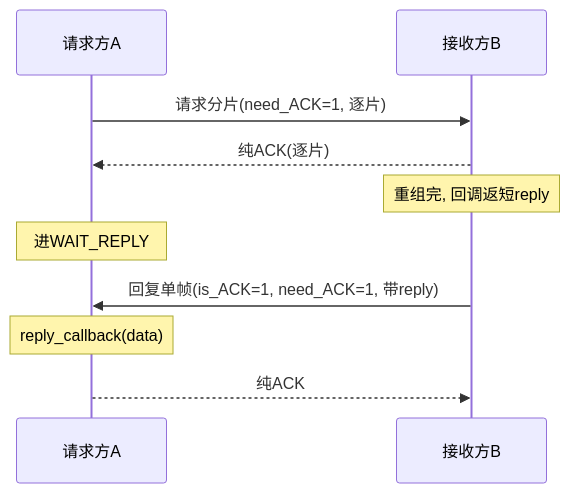
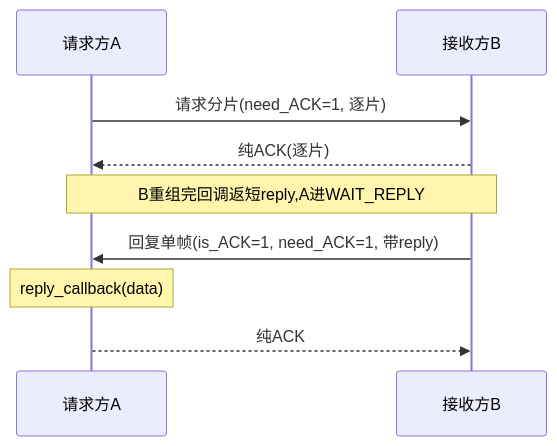
The fifth of 13 diagrams in 工作/项目/代码/260401S3分拣面板-SIA-R9000P.md (Siaiai/ObsidianNote), drawn with Mermaid before and after one commit. The commit also changed other lines of this file, not shown here.

````diff
--- a/工作/项目/代码/260401S3分拣面板-SIA-R9000P.md
+++ b/工作/项目/代码/260401S3分拣面板-SIA-R9000P.md
@@ -127,12 +125,11 @@
 ```mermaid
 sequenceDiagram
     participant A as 请求方A
     participant B as 接收方B
     A->>B: 请求分片(need_ACK=1, 逐片)
     B-->>A: 纯ACK(逐片)
-    Note over B: 重组完, 回调返短reply
-    Note over A: 进WAIT_REPLY
+    Note over A,B: B重组完回调返短reply,A进WAIT_REPLY
     B->>A: 回复单帧(is_ACK=1, need_ACK=1, 带reply)
     Note over A: reply_callback(data)
     A-->>B: 纯ACK
 ```
````
